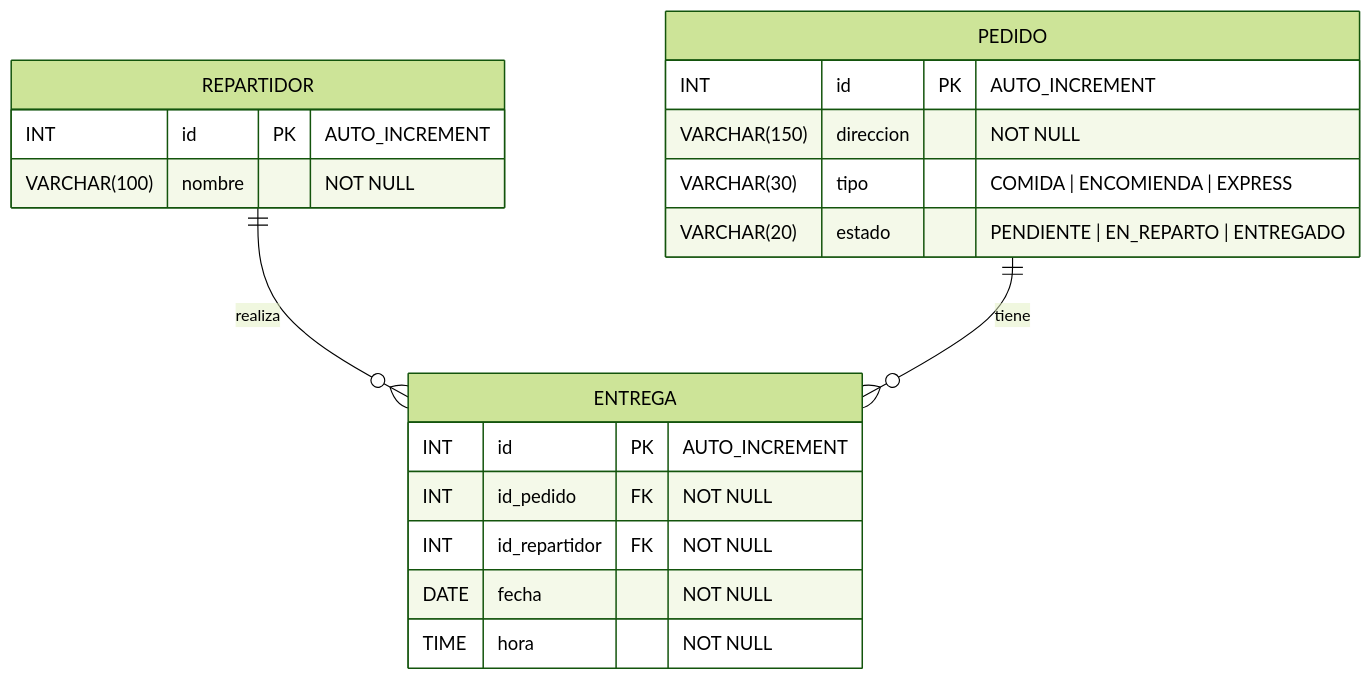
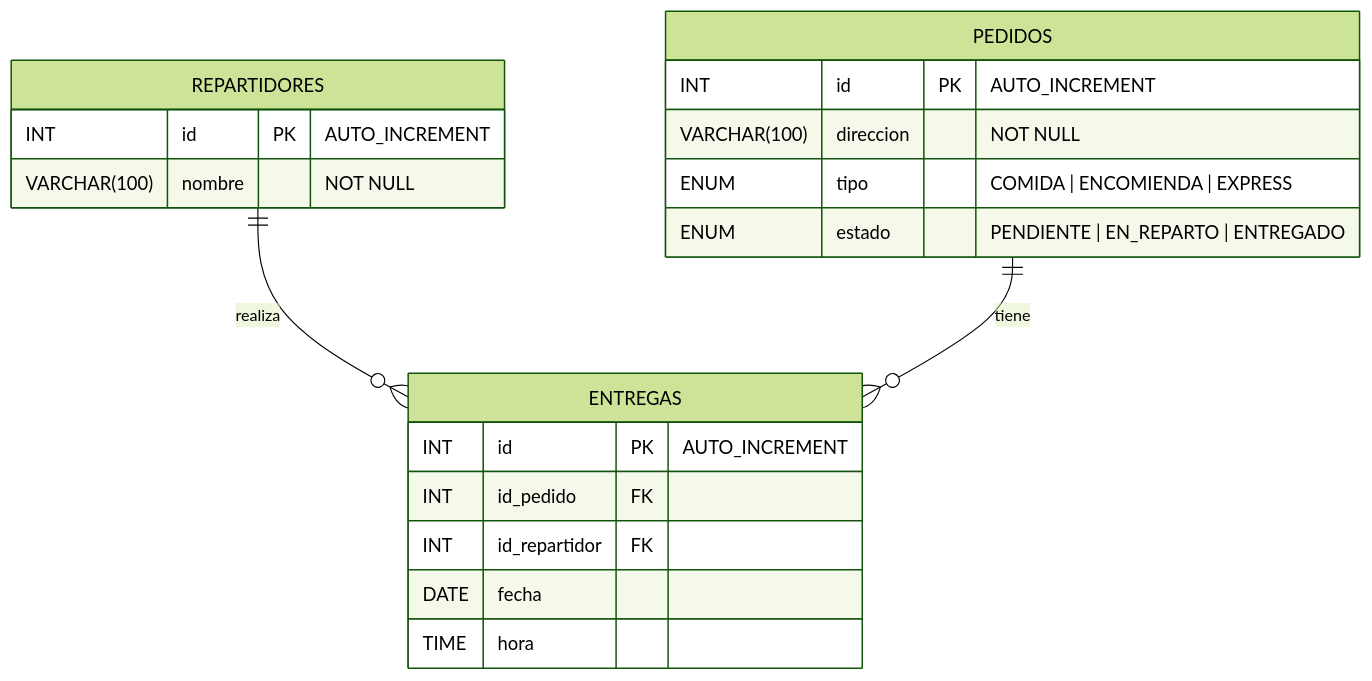
Before and after one commit to sara-rioseco/speedfast: the fourth of 4 diagrams in README.md, drawn with Mermaid (forest theme). The commit also changed other lines of this file and 29 other files, not shown here.

````diff
--- a/README.md
+++ b/README.md
@@ -421,22 +512,22 @@
 ```mermaid
 erDiagram
-    REPARTIDOR ||--o{ ENTREGA : realiza
-    PEDIDO ||--o{ ENTREGA : tiene
-    REPARTIDOR {
+    REPARTIDORES ||--o{ ENTREGAS : realiza
+    PEDIDOS ||--o{ ENTREGAS : tiene
+    REPARTIDORES {
         INT id PK "AUTO_INCREMENT"
         VARCHAR(100) nombre "NOT NULL"
     }
-    PEDIDO {
+    PEDIDOS {
         INT id PK "AUTO_INCREMENT"
-        VARCHAR(150) direccion "NOT NULL"
-        VARCHAR(30) tipo "COMIDA | ENCOMIENDA | EXPRESS"
-        VARCHAR(20) estado "PENDIENTE | EN_REPARTO | ENTREGADO"
+        VARCHAR(100) direccion "NOT NULL"
+        ENUM tipo "COMIDA | ENCOMIENDA | EXPRESS"
+        ENUM estado "PENDIENTE | EN_REPARTO | ENTREGADO"
     }
-    ENTREGA {
+    ENTREGAS {
         INT id PK "AUTO_INCREMENT"
-        INT id_pedido FK "NOT NULL"
-        INT id_repartidor FK "NOT NULL"
-        DATE fecha "NOT NULL"
-        TIME hora "NOT NULL"
+        INT id_pedido FK
+        INT id_repartidor FK
+        DATE fecha
+        TIME hora
     }
 ```
````
